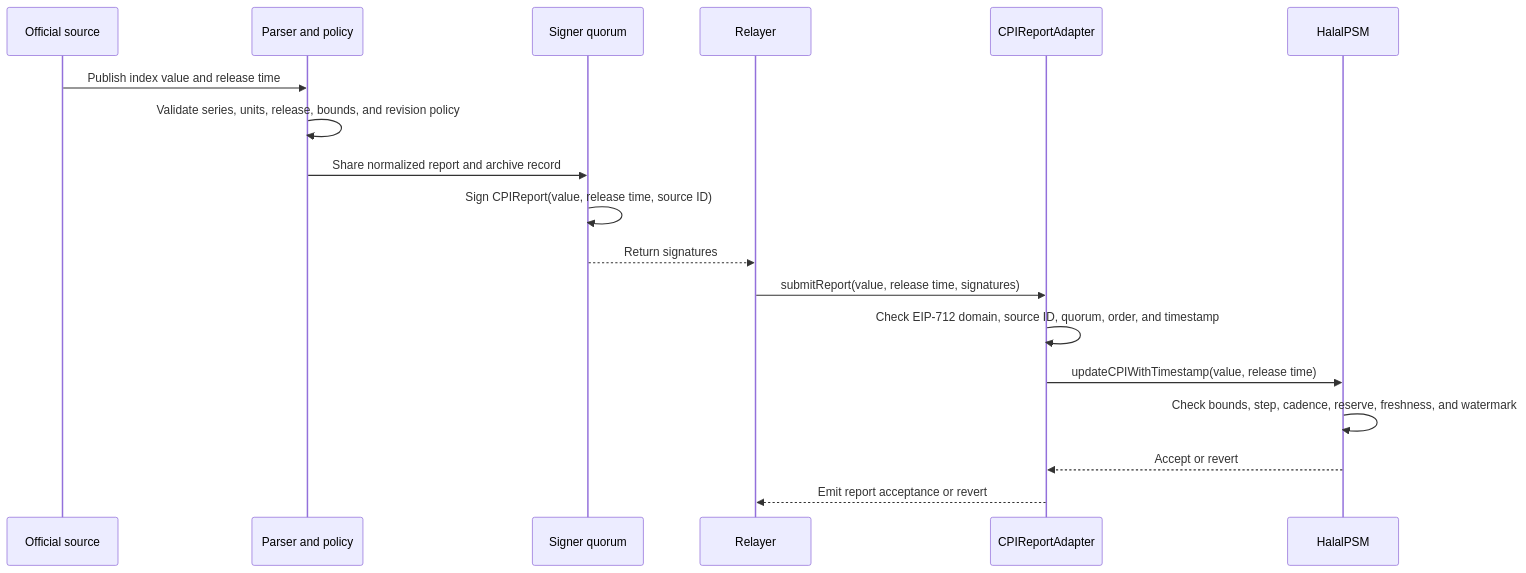
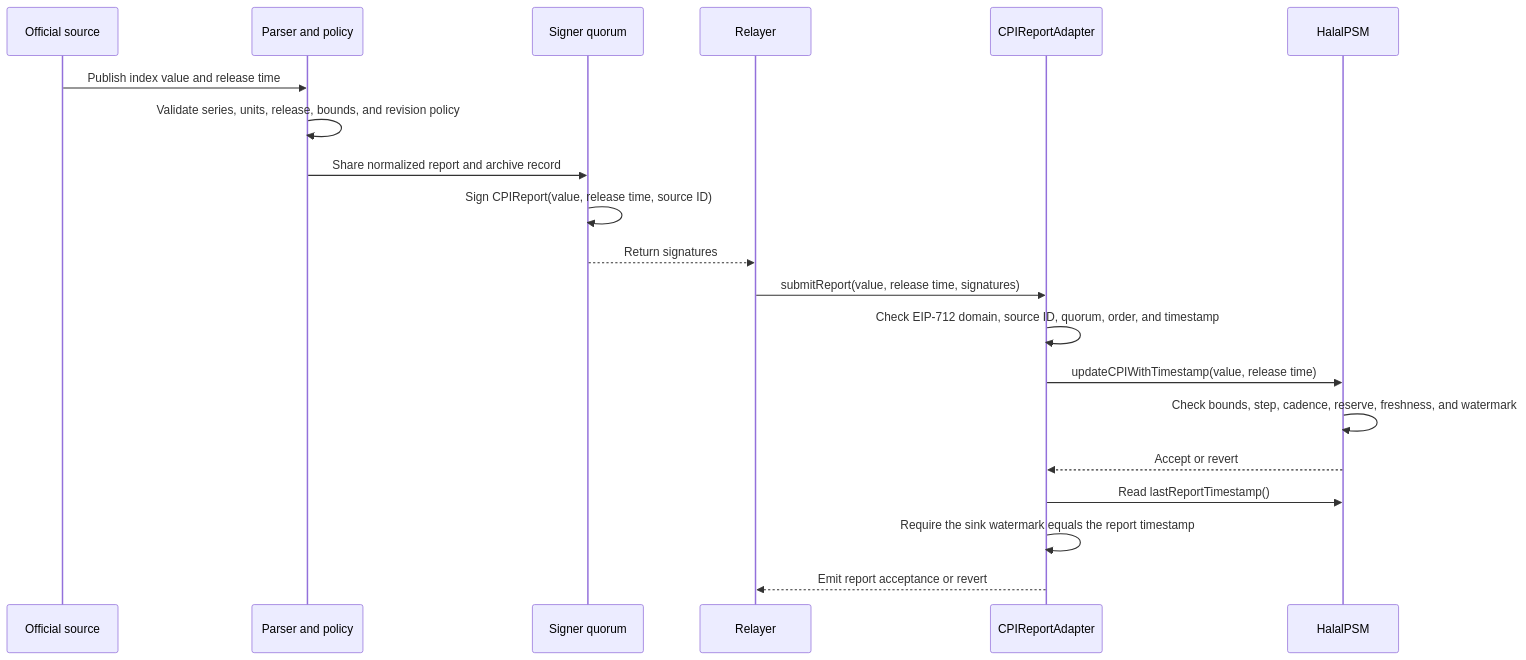
Before and after one commit to VedantMadane/halal-protocol: the diagram in docs/CPI-ADAPTER-SPEC.md, drawn with Mermaid. The commit also changed other lines of this file and 3 other files, not shown here.

````diff
--- a/docs/CPI-ADAPTER-SPEC.md
+++ b/docs/CPI-ADAPTER-SPEC.md
@@ -38,21 +38,23 @@
 ```mermaid
 sequenceDiagram
     participant Source as Official source
     participant Parser as Parser and policy
     participant Signers as Signer quorum
     participant Relayer as Relayer
     participant Adapter as CPIReportAdapter
     participant PSM as HalalPSM
 
     Source->>Parser: Publish index value and release time
     Parser->>Parser: Validate series, units, release, bounds, and revision policy
     Parser->>Signers: Share normalized report and archive record
     Signers->>Signers: Sign CPIReport(value, release time, source ID)
     Signers-->>Relayer: Return signatures
     Relayer->>Adapter: submitReport(value, release time, signatures)
     Adapter->>Adapter: Check EIP-712 domain, source ID, quorum, order, and timestamp
     Adapter->>PSM: updateCPIWithTimestamp(value, release time)
     PSM->>PSM: Check bounds, step, cadence, reserve, freshness, and watermark
     PSM-->>Adapter: Accept or revert
+    Adapter->>PSM: Read lastReportTimestamp()
+    Adapter->>Adapter: Require the sink watermark equals the report timestamp
     Adapter-->>Relayer: Emit report acceptance or revert
 ```
````
